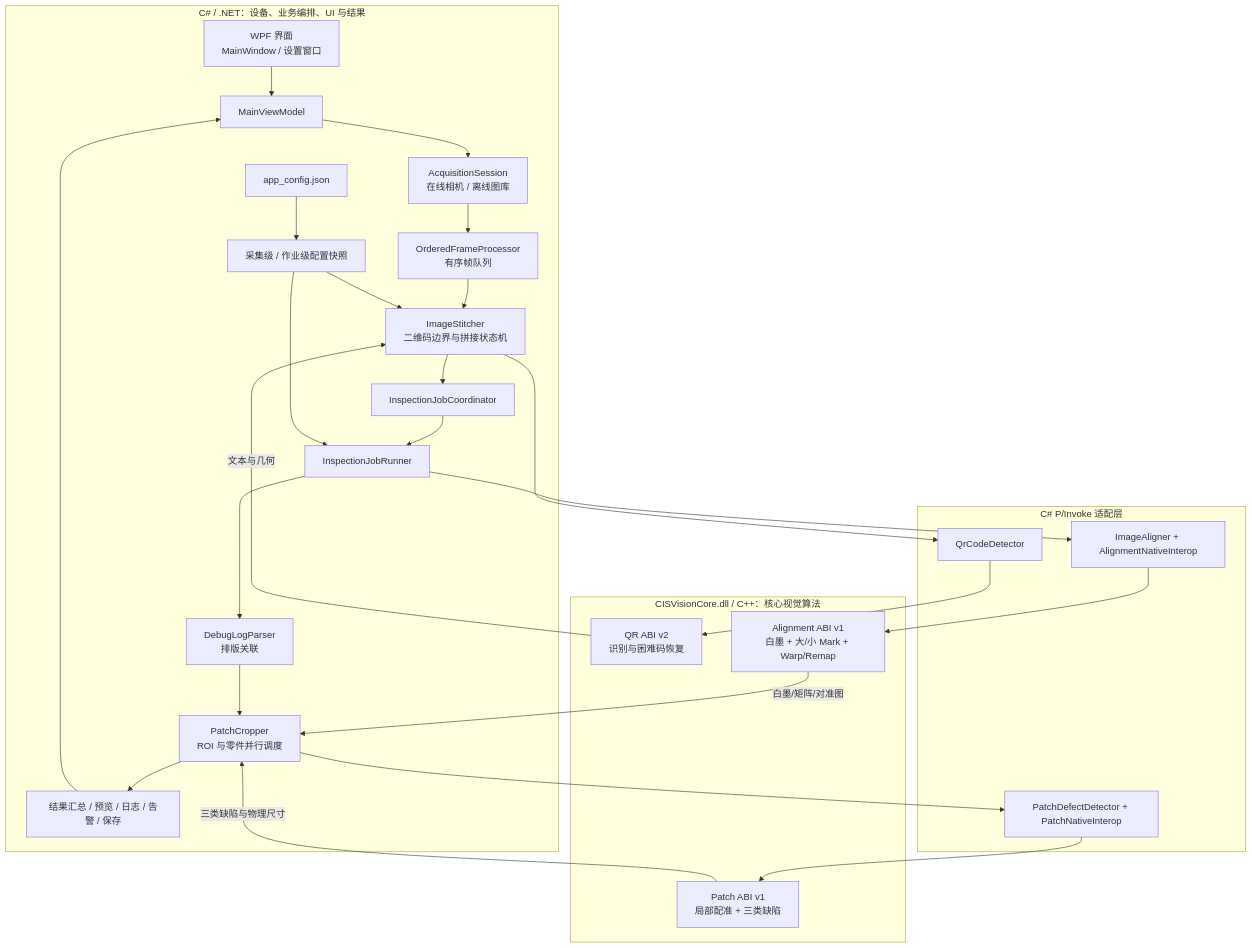
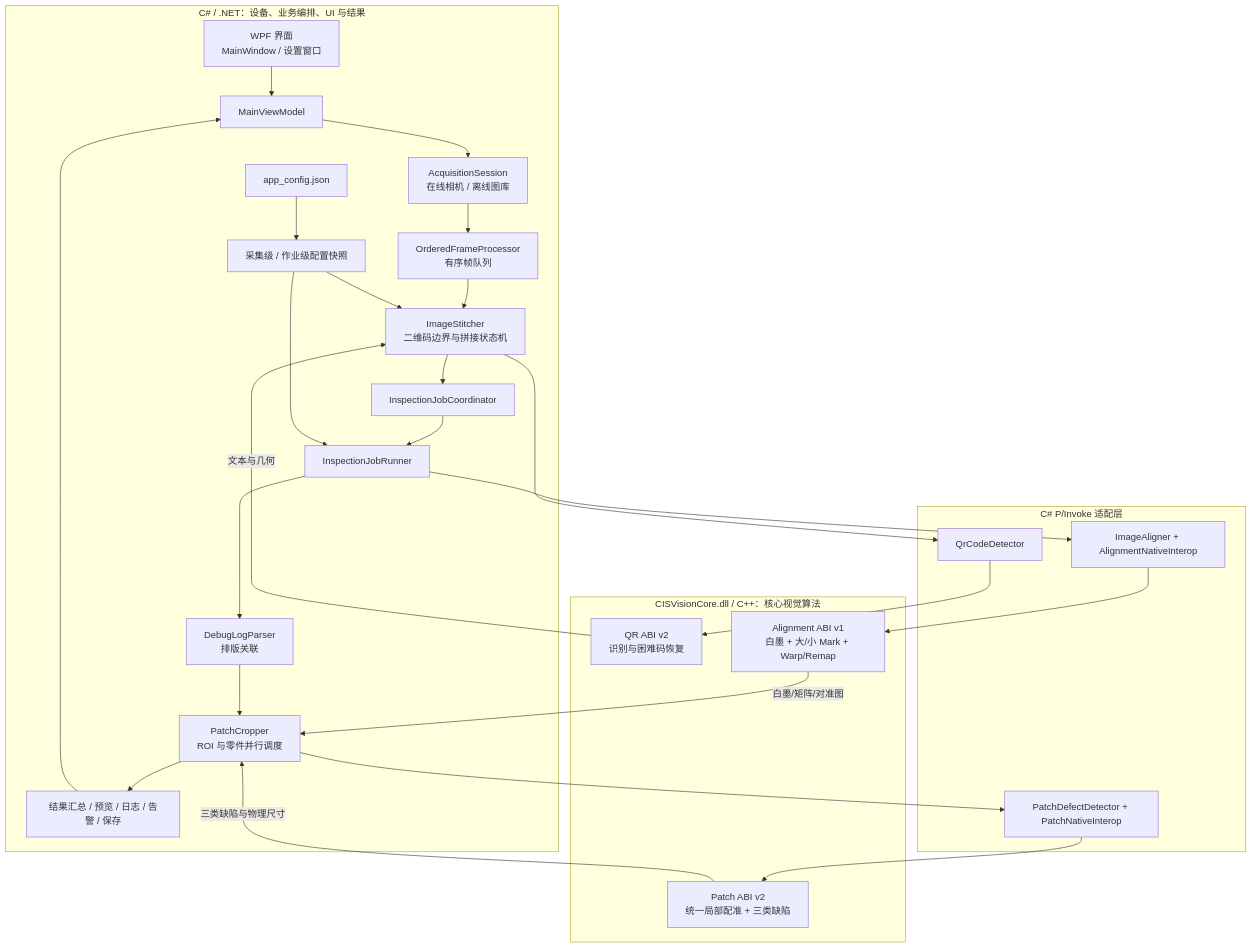
Before and after one commit to Kevin-ykg/CIS_WebInspector: the first of 9 diagrams in 项目全局导航与开发指南.md, drawn with Mermaid. The commit also changed other lines of this file and 86 other files, not shown here.

Commit message:
V3.9对局部配准在周期性重复图案下的效果进行优化

````diff
--- a/项目全局导航与开发指南.md
+++ b/项目全局导航与开发指南.md
@@ -110,37 +110,37 @@
 ```mermaid
 flowchart TB
     subgraph CS["C# / .NET：设备、业务编排、UI 与结果"]
         UI["WPF 界面<br/>MainWindow / 设置窗口"] --> VM["MainViewModel"]
         VM --> SESSION["AcquisitionSession<br/>在线相机 / 离线图库"]
         SESSION --> FRAME["OrderedFrameProcessor<br/>有序帧队列"]
         FRAME --> STITCH["ImageStitcher<br/>二维码边界与拼接状态机"]
         STITCH --> COORD["InspectionJobCoordinator"]
         COORD --> JOB["InspectionJobRunner"]
         JOB --> LAYOUT["DebugLogParser<br/>排版关联"]
         LAYOUT --> CROP["PatchCropper<br/>ROI 与零件并行调度"]
         CROP --> RESULT["结果汇总 / 预览 / 日志 / 告警 / 保存"]
         RESULT --> VM
         CONFIG["app_config.json"] --> SNAPSHOT["采集级 / 作业级配置快照"]
         SNAPSHOT --> STITCH
         SNAPSHOT --> JOB
     end
 
     subgraph ABI["C# P/Invoke 适配层"]
         QRCS["QrCodeDetector"]
         ALCS["ImageAligner + AlignmentNativeInterop"]
         PACS["PatchDefectDetector + PatchNativeInterop"]
     end
 
     subgraph CPP["CISVisionCore.dll / C++：核心视觉算法"]
         QR["QR ABI v2<br/>识别与困难码恢复"]
         AL["Alignment ABI v1<br/>白墨 + 大/小 Mark + Warp/Remap"]
-        PA["Patch ABI v1<br/>局部配准 + 三类缺陷"]
+        PA["Patch ABI v2<br/>统一局部配准 + 三类缺陷"]
     end
 
     STITCH --> QRCS --> QR
     QR -->|文本与几何| STITCH
     JOB --> ALCS --> AL
     AL -->|白墨/矩阵/对准图| CROP
     CROP --> PACS --> PA
     PA -->|三类缺陷与物理尺寸| CROP
 ```
````
